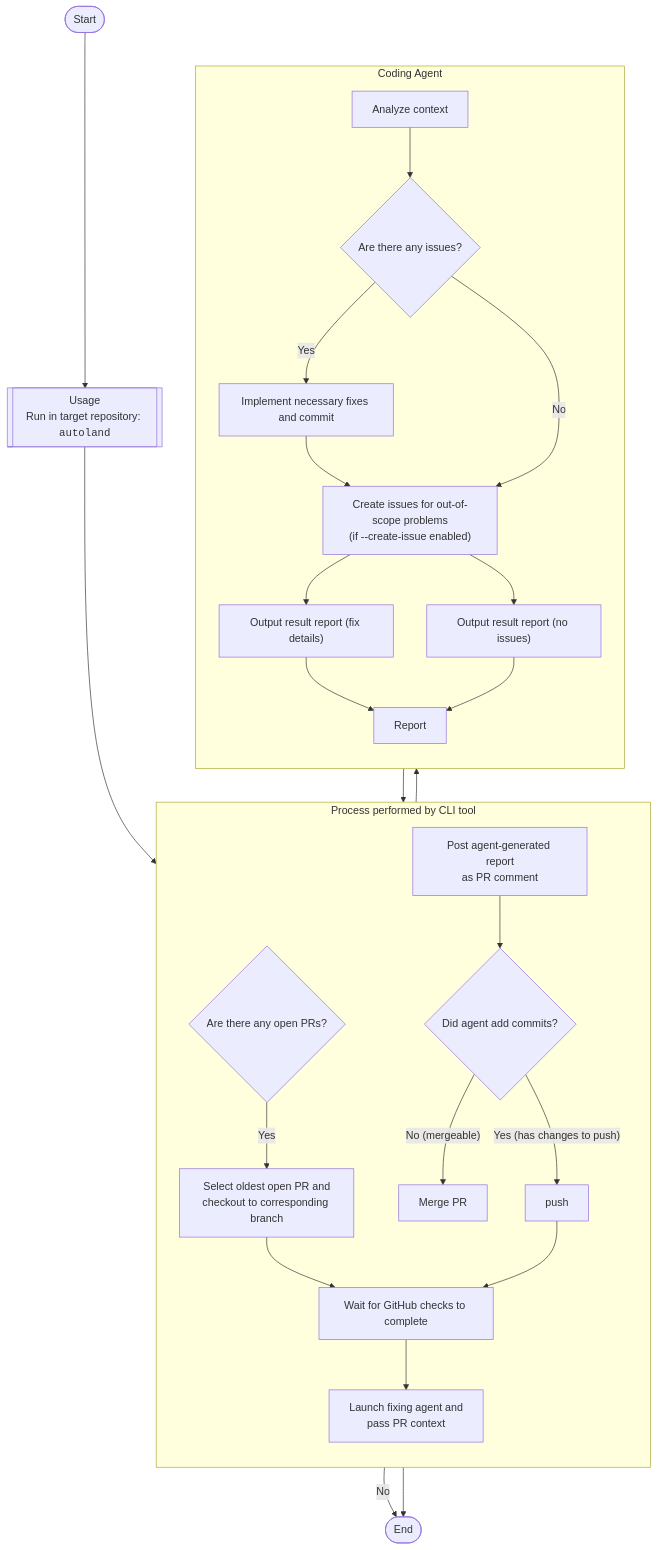
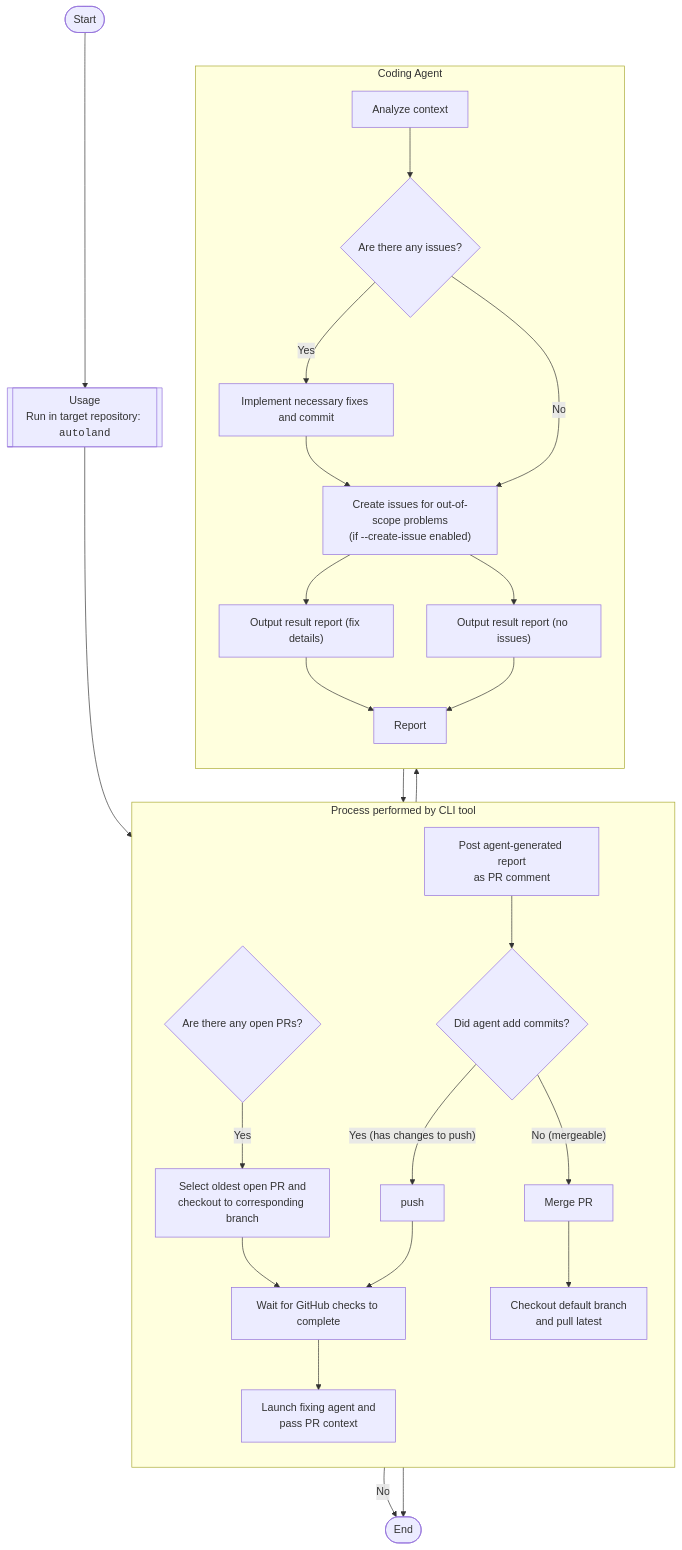
The diagram in README.md (abc1nc/ai-autoland), drawn with Mermaid before and after one commit. The commit also changed other lines of this file and 5 other files, not shown here.

First line of the commit message:
feat: Auto-sync default branch after merge

````diff
--- a/README.md
+++ b/README.md
@@ -63,41 +64,42 @@
 ```mermaid
 flowchart TD
   Start(["Start"]) --> Use[["Usage<br>Run in target repository: <code>autoland</code>"]]
 
   subgraph CLI["Process performed by CLI tool"]
     direction TB
     C0{"Are there any open PRs?"}
     C1["Select oldest open PR and<br>checkout to corresponding branch"]
     C2["Wait for GitHub checks to complete"]
     C3["Launch fixing agent and<br>pass PR context"]
     C6["Post agent-generated report<br>as PR comment"]
     C4{"Did agent add commits?"}
     C5["push"]
     C8["Merge PR"]
+    C9["Checkout default branch<br>and pull latest"]
   end
 
   subgraph AG["Coding Agent"]
     direction TB
     A1["Analyze context"]
     A2{"Are there any issues?"}
     A3["Implement necessary fixes and commit"]
     A5["Create issues for out-of-scope problems<br>(if --create-issue enabled)"]
     A4_fix["Output result report (fix details)"]
     A4_ok["Output result report (no issues)"]
     A_OUT["Report"]
   end
 
   Use --> C0
   C0 -- Yes --> C1 --> C2
   C0 -- No --> End(["End"])
 
   C2 --> C3 --> A1 --> A2
   A2 -- Yes --> A3 --> A5 --> A4_fix --> A_OUT
   A2 -- No --> A5 --> A4_ok --> A_OUT
 
   A_OUT --> C6
 
   C6 --> C4
-  C4 -- No (mergeable) --> C8 --> End
+  C4 -- No (mergeable) --> C8 --> C9 --> End
   C4 -- Yes (has changes to push) --> C5 --> C2
 ```
````
